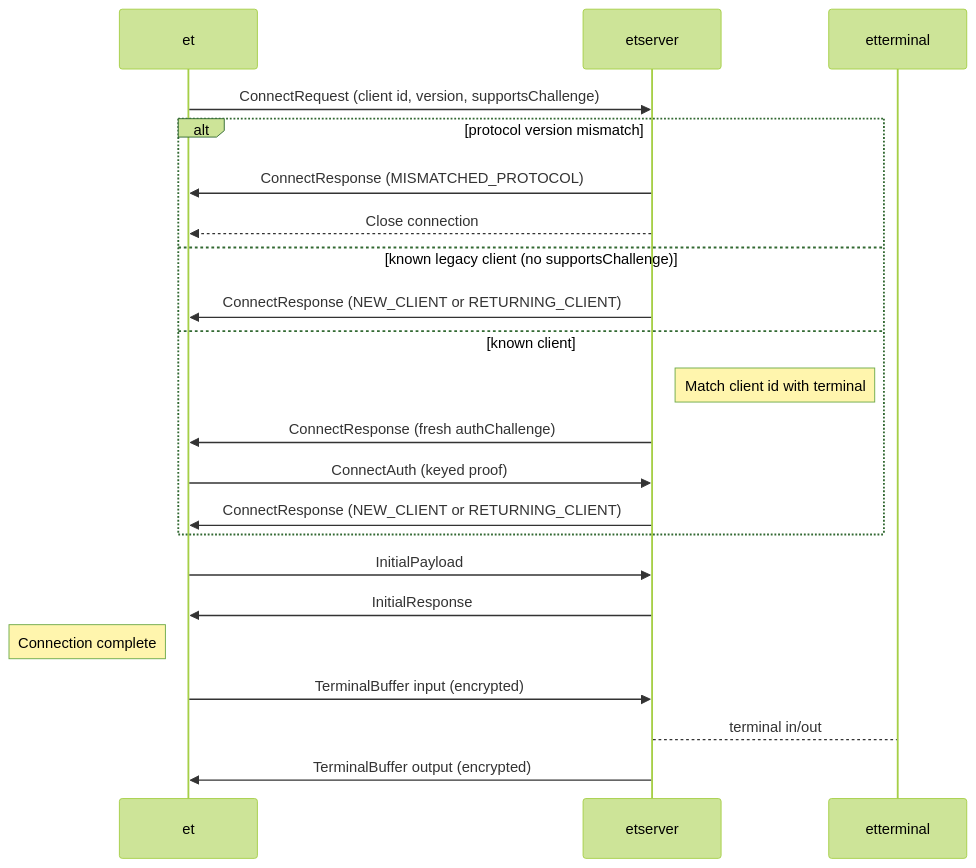
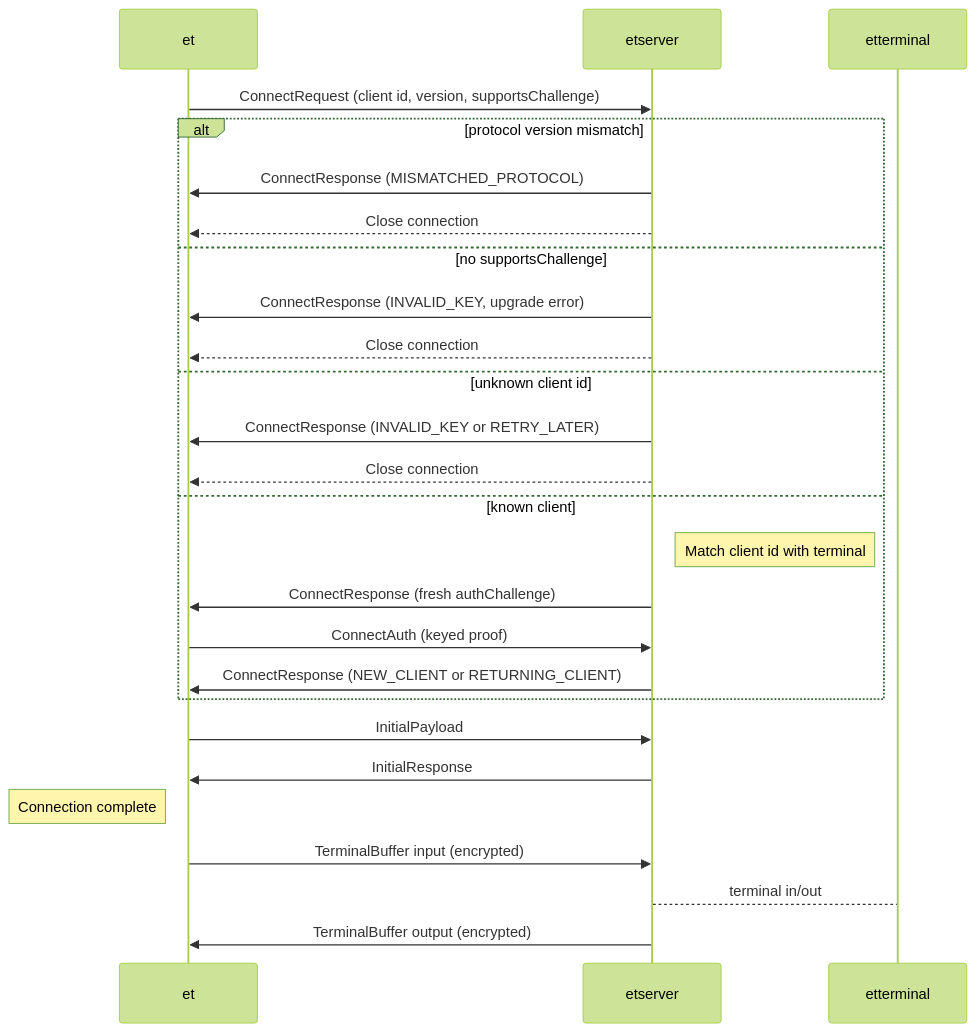
Before and after one commit to MisterTea/EternalTerminal: the second of 5 diagrams in docs/protocol.md, drawn with Mermaid (forest theme). The commit also changed other lines of this file and 7 other files, not shown here.

````diff
--- a/docs/protocol.md
+++ b/docs/protocol.md
@@ -64,28 +64,32 @@
 ```mermaid
 sequenceDiagram
     participant et
     participant etserver
     participant etterminal
     
     et->>etserver: ConnectRequest (client id, version, supportsChallenge)
     alt protocol version mismatch
         etserver->>et: ConnectResponse (MISMATCHED_PROTOCOL)
         etserver-->>et: Close connection
-    else known legacy client (no supportsChallenge)
-        etserver->>et: ConnectResponse (NEW_CLIENT or RETURNING_CLIENT)
+    else no supportsChallenge
+        etserver->>et: ConnectResponse (INVALID_KEY, upgrade error)
+        etserver-->>et: Close connection
+    else unknown client id
+        etserver->>et: ConnectResponse (INVALID_KEY or RETRY_LATER)
+        etserver-->>et: Close connection
     else known client
         Note right of etserver: Match client id with terminal
         etserver->>et: ConnectResponse (fresh authChallenge)
         et->>etserver: ConnectAuth (keyed proof)
         etserver->>et: ConnectResponse (NEW_CLIENT or RETURNING_CLIENT)
     end
 
     et->>etserver: InitialPayload
     etserver->>et: InitialResponse
 
     Note left of et: Connection complete
 
     et->>etserver: TerminalBuffer input (encrypted)
     etserver-->etterminal: terminal in/out
     etserver->>et: TerminalBuffer output (encrypted)
 ```
````
